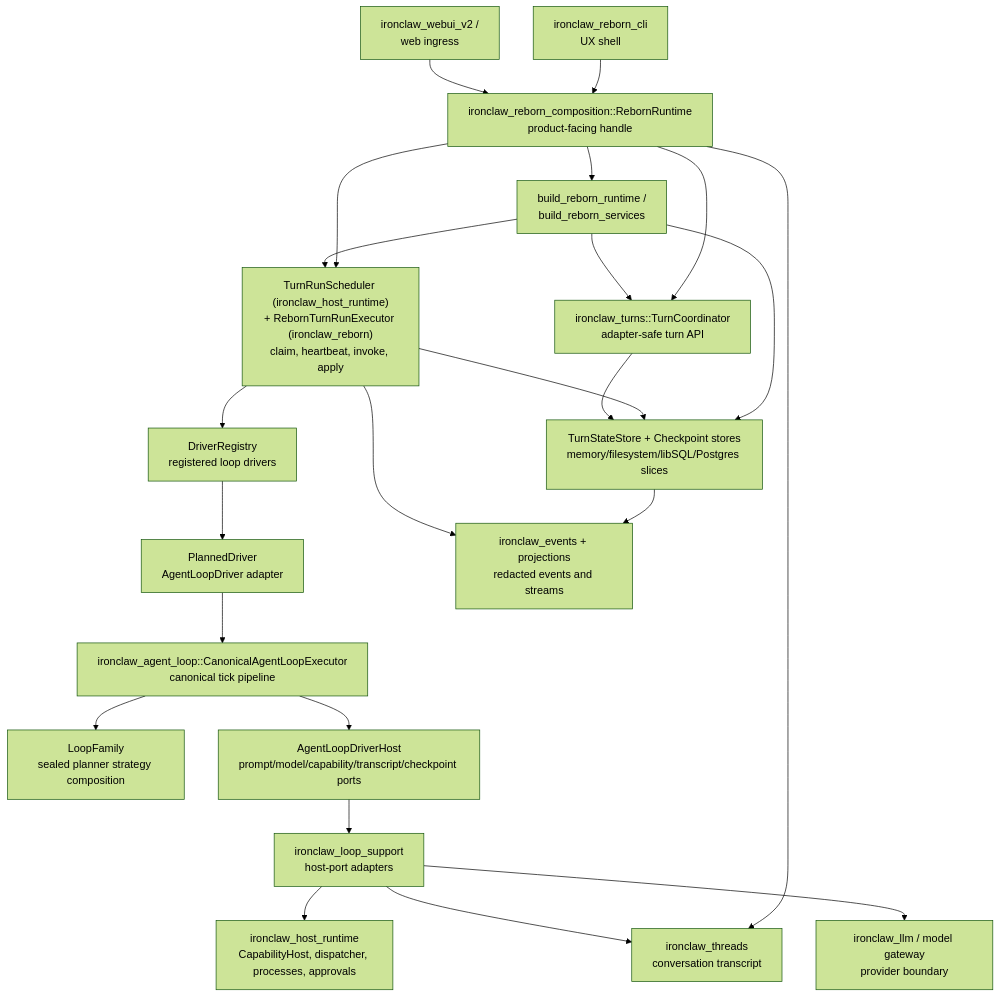
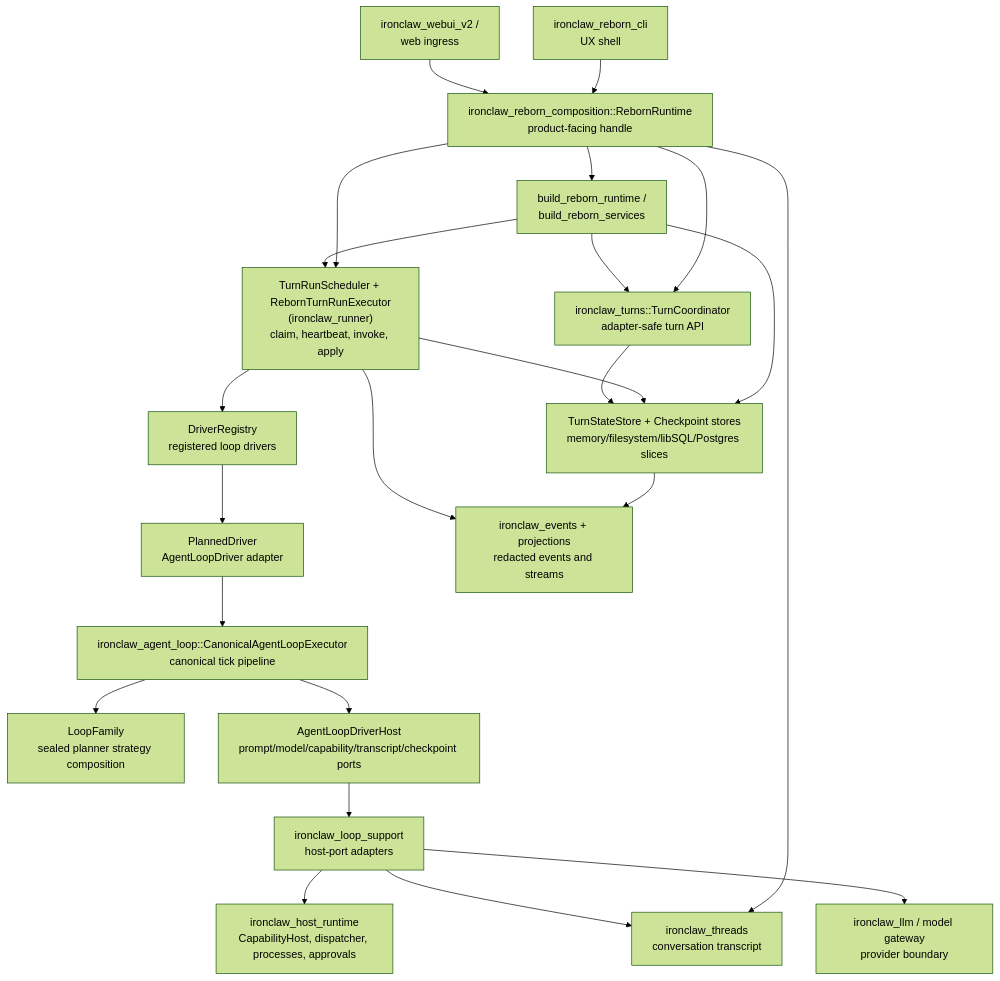
One commit to nearai/ironclaw changed the second of 7 diagrams in crates/Architecture.md. Above: the diagram before and after it, drawn with Mermaid (forest theme). The commit also changed other lines of this file and 197 other files, not shown here.

First line of the commit message:
W4: co-locate and name the Reborn runner control plane (#5901)

````diff
--- a/crates/Architecture.md
+++ b/crates/Architecture.md
@@ -292,43 +292,43 @@
 ```mermaid
 flowchart TD
     CLI["ironclaw_reborn_cli\nUX shell"]
     WebUI["ironclaw_webui_v2 /\nweb ingress"]
     Runtime["ironclaw_reborn_composition::RebornRuntime\nproduct-facing handle"]
     Factory["build_reborn_runtime /\nbuild_reborn_services"]
     Coordinator["ironclaw_turns::TurnCoordinator\nadapter-safe turn API"]
     Store["TurnStateStore + Checkpoint stores\nmemory/filesystem/libSQL/Postgres slices"]
-    Worker["TurnRunScheduler (ironclaw_host_runtime)\n+ RebornTurnRunExecutor (ironclaw_reborn)\nclaim, heartbeat, invoke, apply"]
+    Worker["TurnRunScheduler + RebornTurnRunExecutor\n(ironclaw_runner)\nclaim, heartbeat, invoke, apply"]
     Registry["DriverRegistry\nregistered loop drivers"]
     Planned["PlannedDriver\nAgentLoopDriver adapter"]
     Executor["ironclaw_agent_loop::CanonicalAgentLoopExecutor\ncanonical tick pipeline"]
     Family["LoopFamily\nsealed planner strategy composition"]
     Host["AgentLoopDriverHost\nprompt/model/capability/transcript/checkpoint ports"]
     LoopSupport["ironclaw_loop_support\nhost-port adapters"]
     HostRuntime["ironclaw_host_runtime\nCapabilityHost, dispatcher, processes, approvals"]
     LLM["ironclaw_llm / model gateway\nprovider boundary"]
     Threads["ironclaw_threads\nconversation transcript"]
     Events["ironclaw_events + projections\nredacted events and streams"]
 
     CLI --> Runtime
     WebUI --> Runtime
     Runtime --> Factory
     Runtime --> Threads
     Runtime --> Coordinator
     Runtime --> Worker
     Factory --> Coordinator
     Factory --> Store
     Factory --> Worker
     Worker --> Store
     Worker --> Registry
     Registry --> Planned
     Planned --> Executor
     Executor --> Family
     Executor --> Host
     Host --> LoopSupport
     LoopSupport --> HostRuntime
     LoopSupport --> LLM
     LoopSupport --> Threads
     Coordinator --> Store
     Store --> Events
     Worker --> Events
 ```
````
